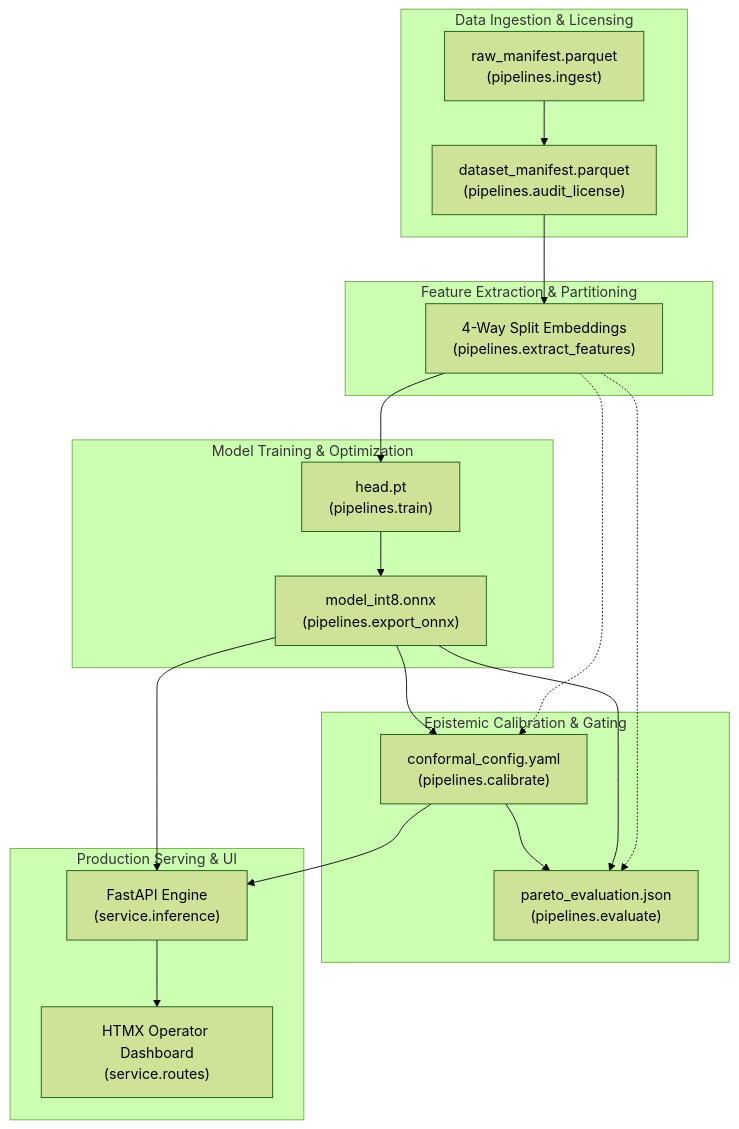
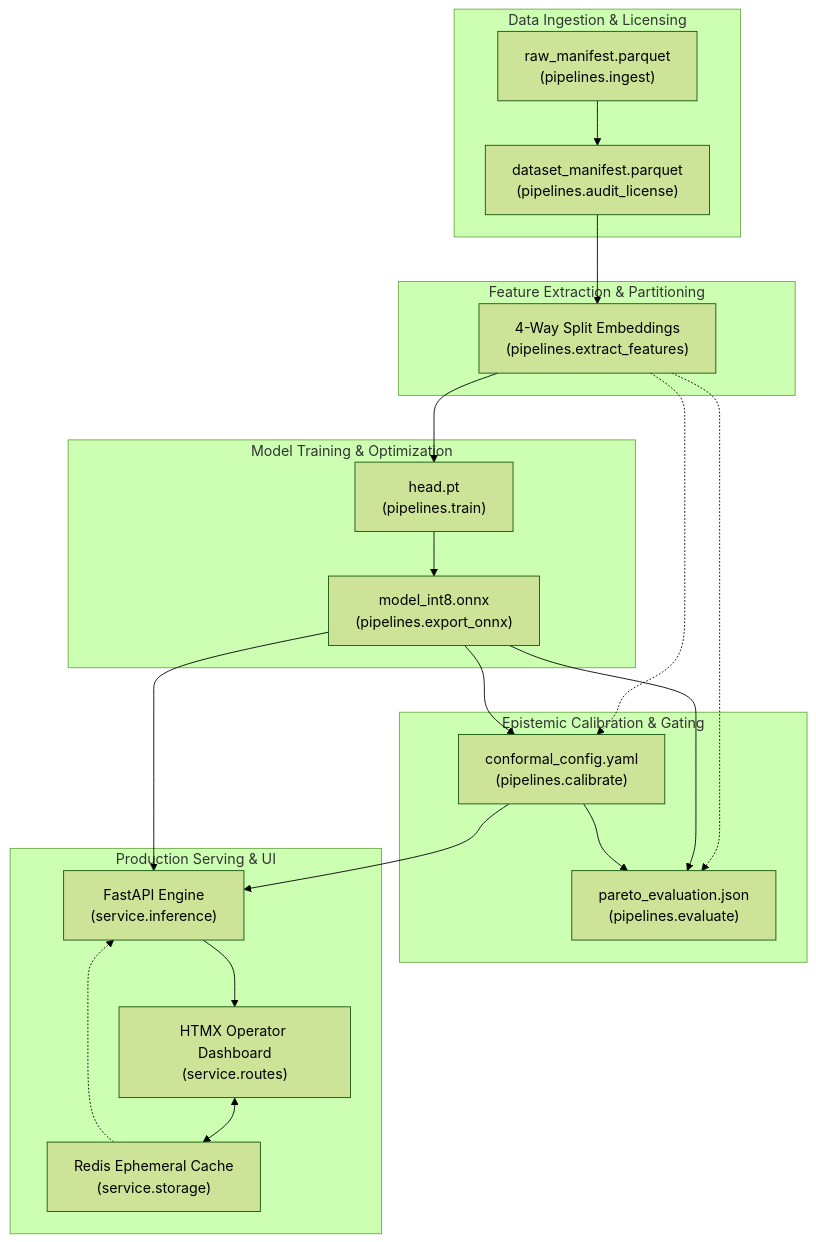
One commit to foersben/taxon-vision-mlops changed the diagram in docs/index.md. Above: the diagram before and after it, drawn with Mermaid (forest theme). The commit also changed 15 other files, not shown here.

First line of the commit message:
docs(architecture): synchronise package call graph, data-flow matrix, and operations specs

````diff
--- a/docs/index.md
+++ b/docs/index.md
@@ -56,39 +56,42 @@
 ```mermaid
 flowchart TD
     subgraph S1["Data Ingestion & Licensing"]
         A["raw_manifest.parquet<br/>(pipelines.ingest)"] --> B["dataset_manifest.parquet<br/>(pipelines.audit_license)"]
     end
 
     subgraph S2["Feature Extraction & Partitioning"]
         B --> C["4-Way Split Embeddings<br/>(pipelines.extract_features)"]
     end
 
     subgraph S3["Model Training & Optimization"]
         C --> D["head.pt<br/>(pipelines.train)"]
         D --> E["model_int8.onnx<br/>(pipelines.export_onnx)"]
     end
 
     subgraph S4["Epistemic Calibration & Gating"]
         C -.-> F["conformal_config.yaml<br/>(pipelines.calibrate)"]
         E --> F
         C -.-> G["pareto_evaluation.json<br/>(pipelines.evaluate)"]
         E --> G
         F --> G
     end
 
     subgraph S5["Production Serving & UI"]
         E --> H["FastAPI Engine<br/>(service.inference)"]
         F --> H
         H --> I["HTMX Operator Dashboard<br/>(service.routes)"]
+        I <--> R["Redis Ephemeral Cache<br/>(service.storage)"]
+        R -.-> H
     end
 
     click A "mlops_pipeline/ingestion_and_versioning/" "Read Ingestion Pipeline Docs"
     click B "foundations/taxonomy_and_darwincore/" "Read DarwinCore & License Docs"
     click C "mlops_pipeline/dvc_dag_explorer/" "Read Feature Extraction Docs"
     click D "model_engineering/training_pipeline/" "Read Head Training Docs"
     click E "model_engineering/onnx_optimization_and_latency/" "Read ONNX Export Docs"
     click F "uncertainty_and_safety/conformal_prediction_theory/" "Read Conformal Prediction Docs"
     click G "model_engineering/backbone_benchmarking_pareto/" "Read Pareto Evaluation Docs"
     click H "operations/api_reference/" "Read FastAPI Reference"
     click I "operations/deployment_runbook/" "Read Deployment Runbook"
+    click R "mlops_pipeline/storage_and_databases/" "Read Storage & Cache Docs"
 ```
````
